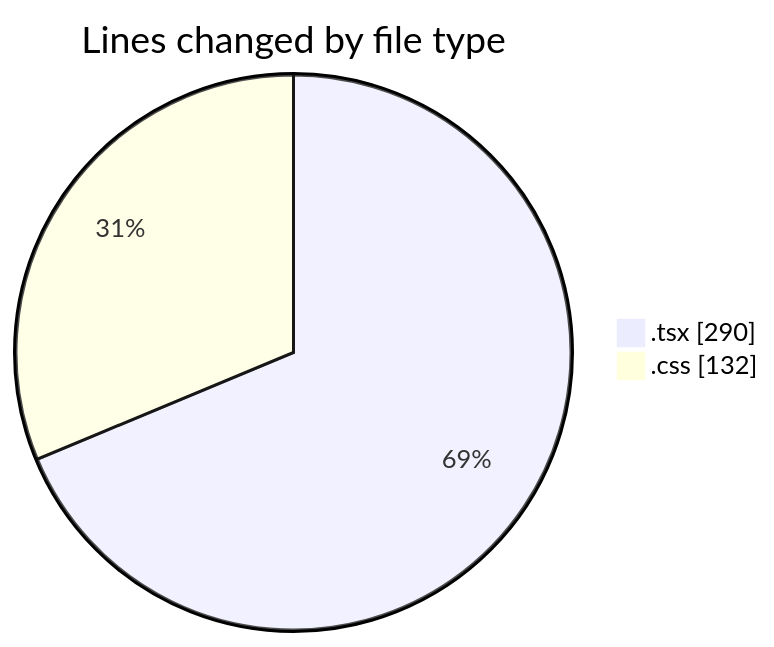
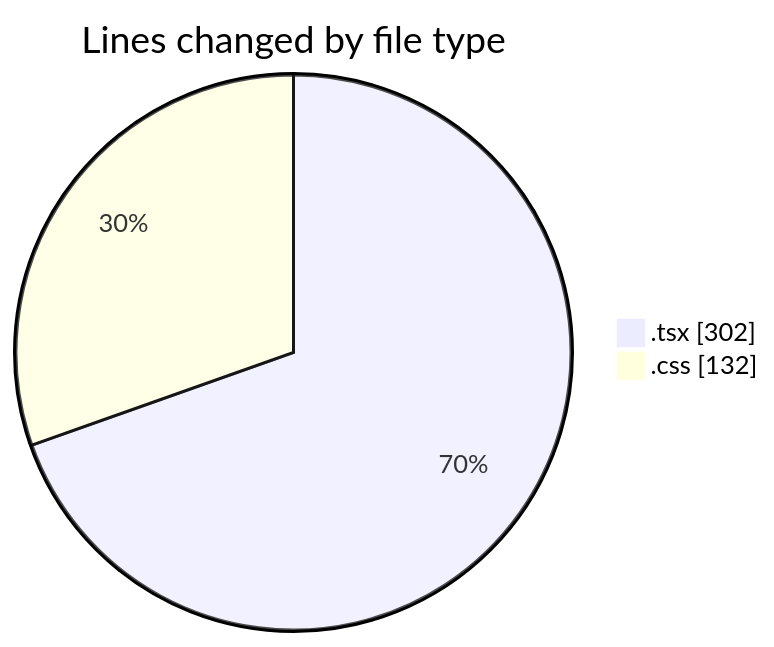
Before and after one commit to Elitesun/code-tracking: the first of 2 diagrams in 2025-05-06/niten/README.md, drawn with Mermaid. The commit also changed other lines of this file and 1 other file, not shown here.

````diff
--- a/2025-05-06/niten/README.md
+++ b/2025-05-06/niten/README.md
@@ -25,6 +25,6 @@
 ```mermaid
 pie showData
 title Lines changed by file type
-".tsx" : 290
+".tsx" : 302
 ".css" : 132
 ```
````
